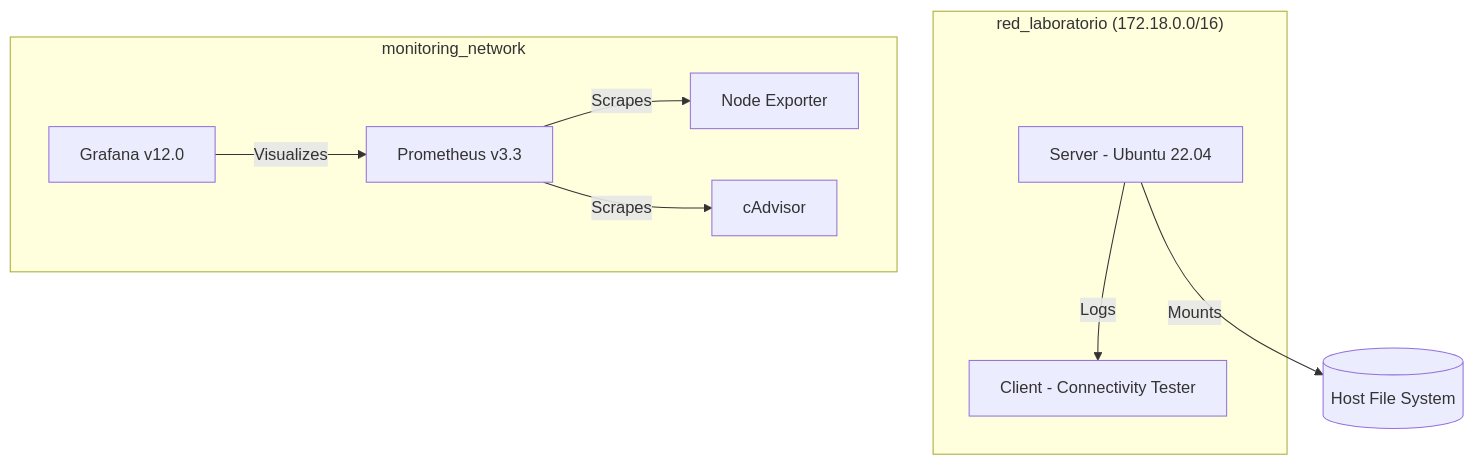
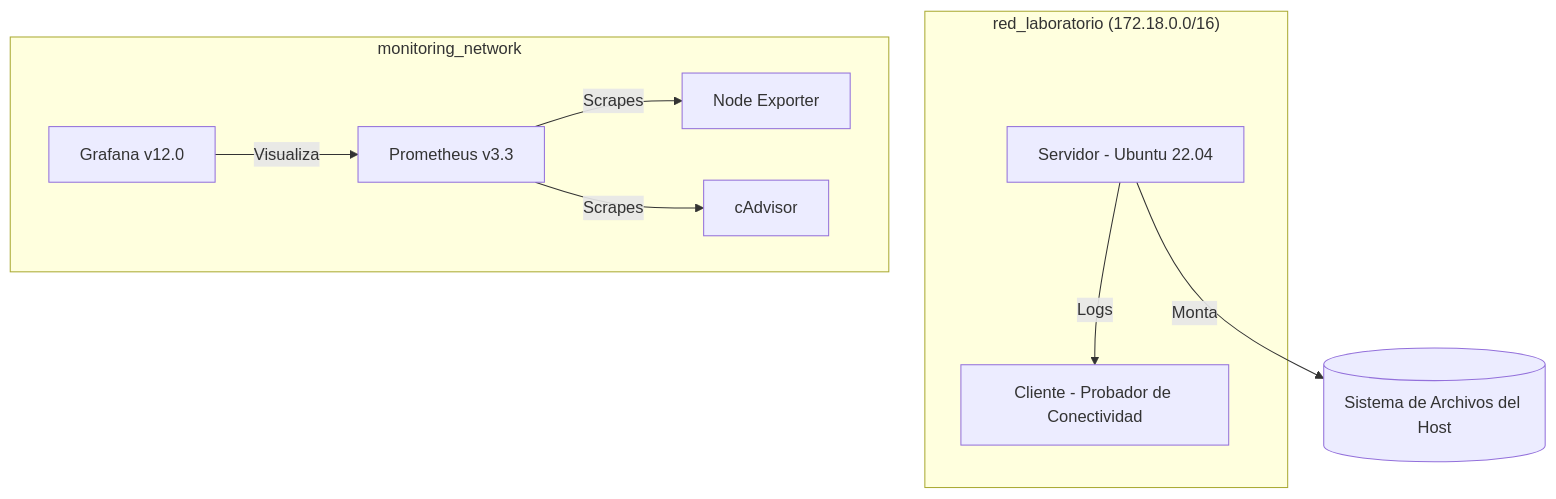
One commit to MadManJohnSmith/lab-linux changed the diagram in README.md. Above: the diagram before and after it, drawn with Mermaid. The commit also changed other lines of this file and 4 other files, not shown here.

````diff
--- a/README.md
+++ b/README.md
@@ -23,20 +23,20 @@
 ```mermaid
 graph TD
     subgraph "red_laboratorio (172.18.0.0/16)"
-        Server[Server - Ubuntu 22.04]
-        Client[Client - Connectivity Tester]
+        Server[Servidor - Ubuntu 22.04]
+        Client[Cliente - Probador de Conectividad]
     end
 
     subgraph "monitoring_network"
         Prometheus[Prometheus v3.3]
         Grafana[Grafana v12.0]
         NodeExp[Node Exporter]
         cAdvisor[cAdvisor]
     end
 
     Server -- Logs --> Client
     Prometheus -- Scrapes --> NodeExp
     Prometheus -- Scrapes --> cAdvisor
-    Grafana -- Visualizes --> Prometheus
-    Server -- Mounts --> HostData[(Host File System)]
+    Grafana -- Visualiza --> Prometheus
+    Server -- Monta --> HostData[(Sistema de Archivos del Host)]
 ```
````
